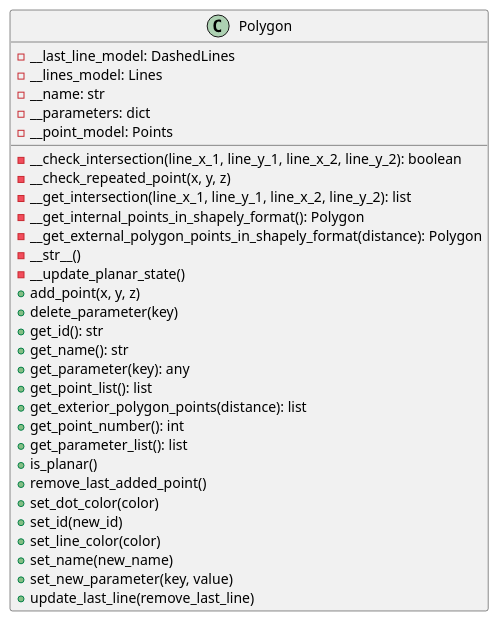
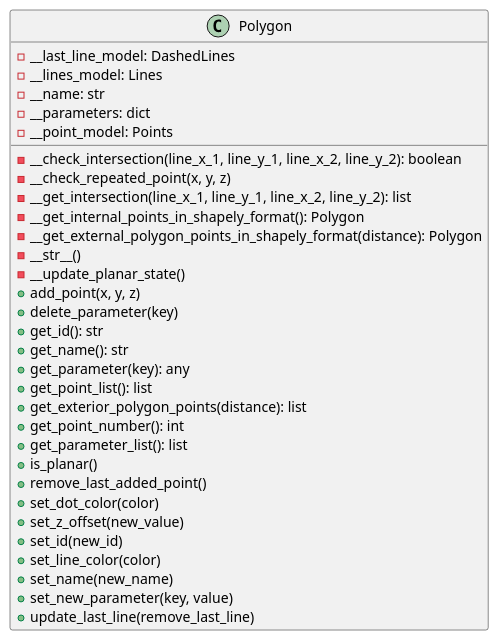
The diagram in docs/classes/Polygon.puml (ferpoble2/Relief_Creator), drawn with PlantUML before and after one commit. The commit also changed 1 other file, not shown here.

Commit message:
Added method set_z_offset to the Polygon class and added variable __default_height_value to parametrize the height of the polygons.

```diff
--- a/docs/classes/Polygon.puml
+++ b/docs/classes/Polygon.puml
@@ -1,36 +1,37 @@
 @startuml
                 class Polygon {
                     - __last_line_model: DashedLines
                     - __lines_model: Lines
                     - __name: str
                     - __parameters: dict
                     - __point_model: Points
 
 
                     - __check_intersection(line_x_1, line_y_1, line_x_2, line_y_2): boolean
                     - __check_repeated_point(x, y, z)
                     - __get_intersection(line_x_1, line_y_1, line_x_2, line_y_2): list
                     - __get_internal_points_in_shapely_format(): Polygon
                     - __get_external_polygon_points_in_shapely_format(distance): Polygon
                     - __str__()
                     - __update_planar_state()
                     + add_point(x, y, z)
                     + delete_parameter(key)
                     + get_id(): str
                     + get_name(): str
                     + get_parameter(key): any
                     + get_point_list(): list
                     + get_exterior_polygon_points(distance): list
                     + get_point_number(): int
                     + get_parameter_list(): list
                     + is_planar()
                     + remove_last_added_point()
                     + set_dot_color(color)
+                    + set_z_offset(new_value)
                     + set_id(new_id)
                     + set_line_color(color)
                     + set_name(new_name)
                     + set_new_parameter(key, value)
                     + update_last_line(remove_last_line)
                 }
 
 @enduml
```
